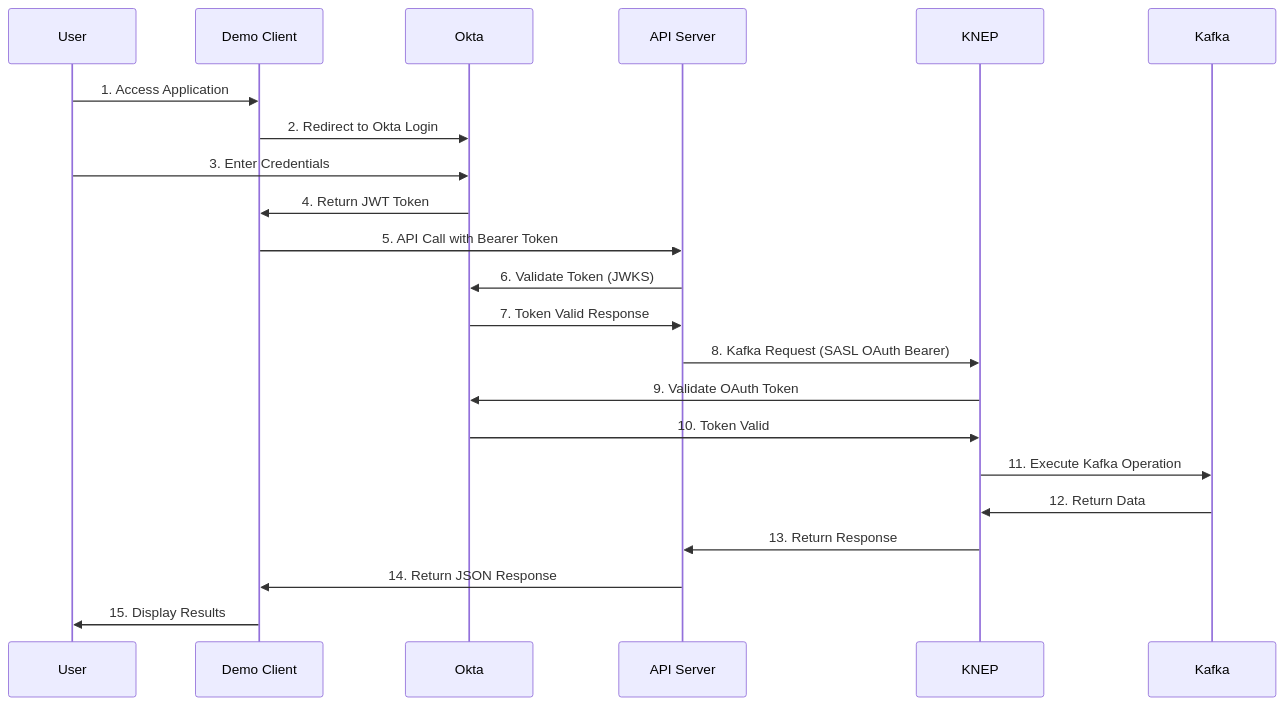
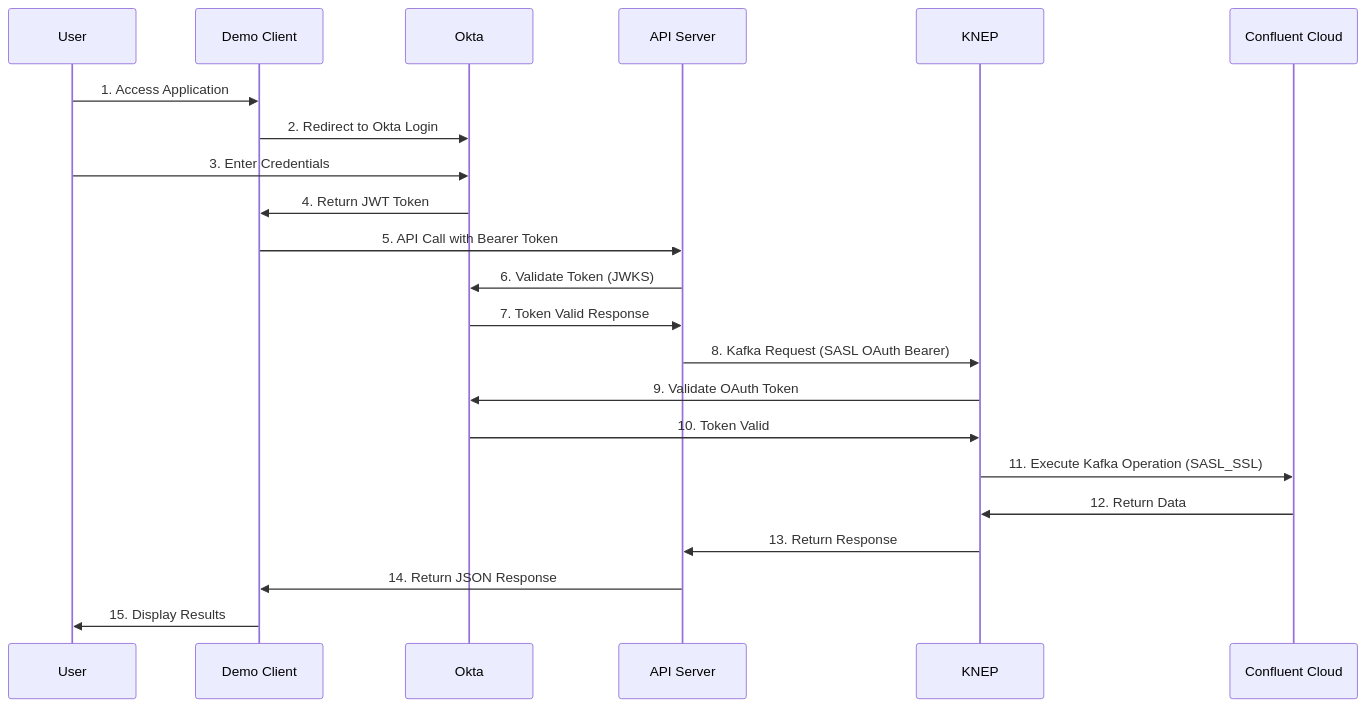
The second of 5 diagrams in README.md (hguerrero/kong-event-gw-okta-demo), drawn with Mermaid before and after one commit. The commit also changed other lines of this file and 1 other file, not shown here.

Commit message:
update to reflect confluent cloud

````diff
--- a/README.md
+++ b/README.md
@@ -78,25 +76,25 @@
 ```mermaid
 sequenceDiagram
     participant U as User
     participant DC as Demo Client
     participant O as Okta
     participant API as API Server
     participant K as KNEP
-    participant KF as Kafka
+    participant CC as Confluent Cloud
 
     U->>DC: 1. Access Application
     DC->>O: 2. Redirect to Okta Login
     U->>O: 3. Enter Credentials
     O->>DC: 4. Return JWT Token
     DC->>API: 5. API Call with Bearer Token
     API->>O: 6. Validate Token (JWKS)
     O->>API: 7. Token Valid Response
     API->>K: 8. Kafka Request (SASL OAuth Bearer)
     K->>O: 9. Validate OAuth Token
     O->>K: 10. Token Valid
-    K->>KF: 11. Execute Kafka Operation
-    KF->>K: 12. Return Data
+    K->>CC: 11. Execute Kafka Operation (SASL_SSL)
+    CC->>K: 12. Return Data
     K->>API: 13. Return Response
     API->>DC: 14. Return JSON Response
     DC->>U: 15. Display Results
 ```
````
